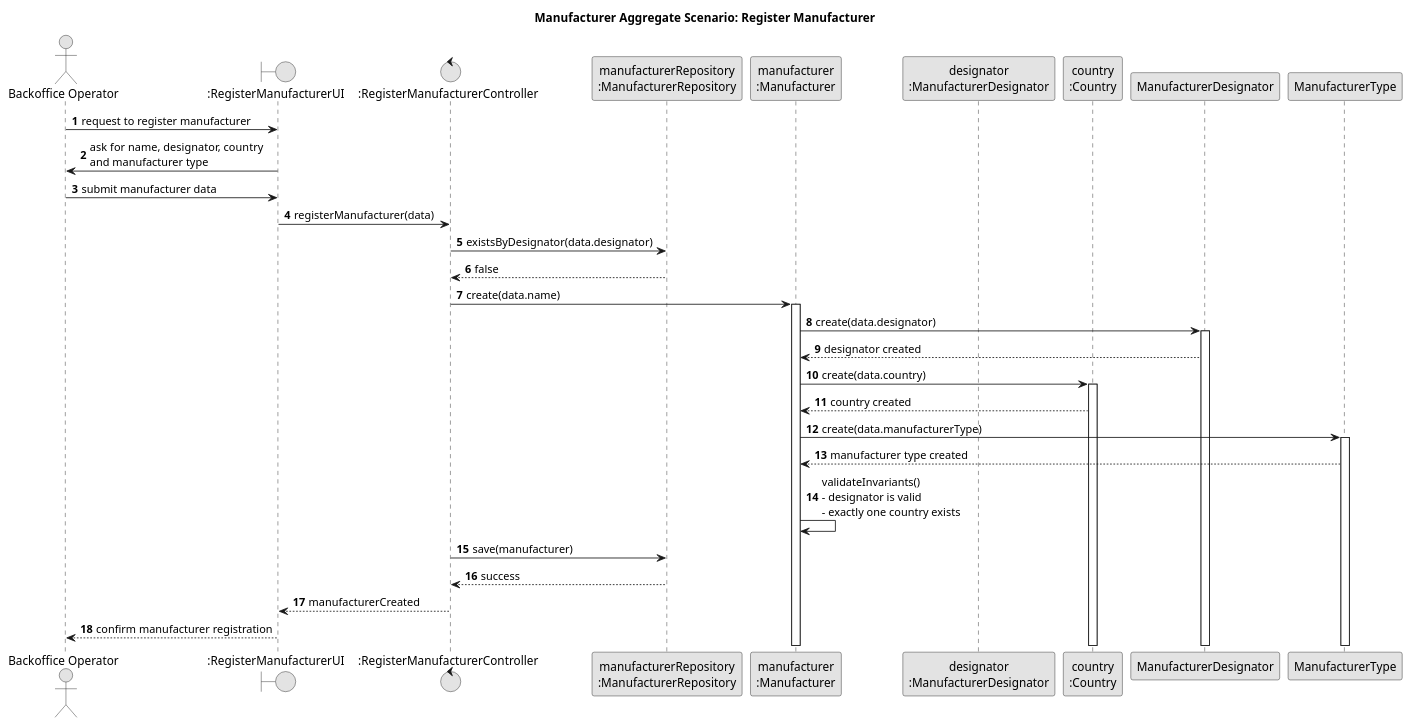
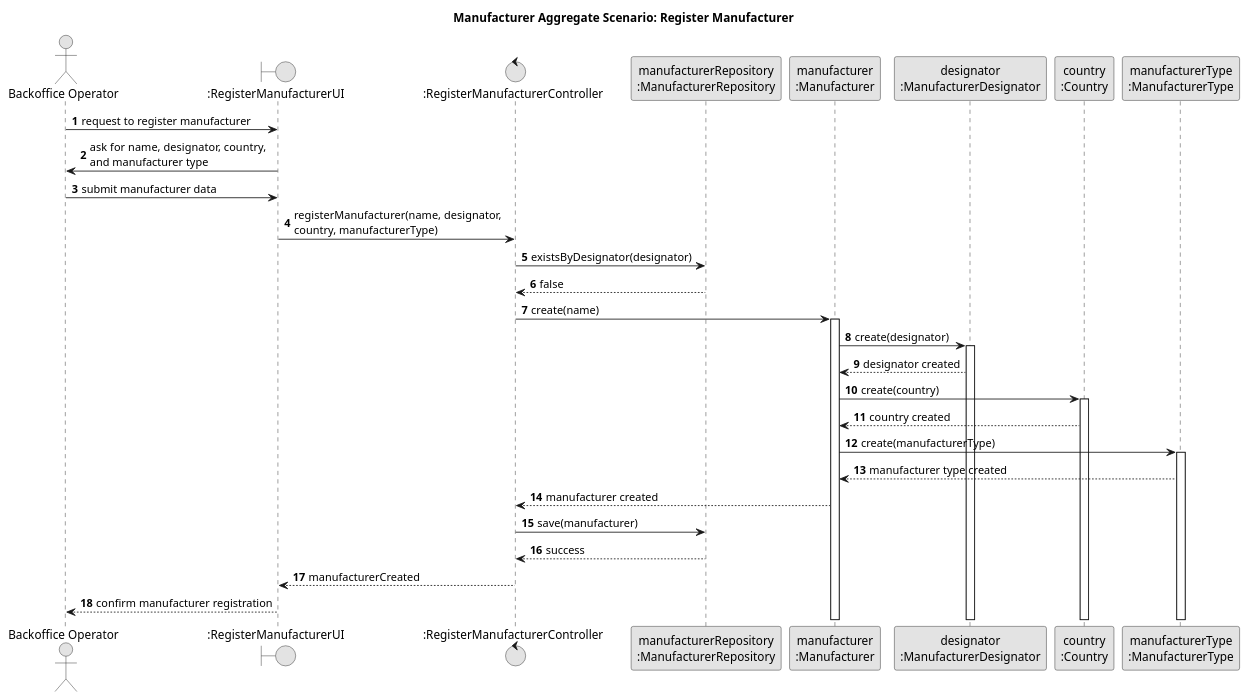
One commit to GustavoFerreira24/flight-management-platform changed the diagram in docs/global-artifacts/03.design/puml/ManufacturerAggregate-SD.puml. Above: the diagram before and after it, drawn with PlantUML. The commit also changed 7 other files, not shown here.

Commit message:
US11 (Code & Docs) - Removed "data" and specified all of it from Aircraft, AircraftModel, EngineModel and Manufacturer SD's and clarified responsibilities in documentation [#18][#19]

```diff
--- a/docs/global-artifacts/03.design/puml/ManufacturerAggregate-SD.puml
+++ b/docs/global-artifacts/03.design/puml/ManufacturerAggregate-SD.puml
@@ -1,46 +1,47 @@
 @startuml
 title Manufacturer Aggregate Scenario: Register Manufacturer
 
 skinparam monochrome true
 skinparam packageStyle rectangle
 skinparam shadowing false
 
 autonumber
 
 actor "Backoffice Operator" as BO
 boundary ":RegisterManufacturerUI" as UI
 control ":RegisterManufacturerController" as C
 participant "manufacturerRepository\n:ManufacturerRepository" as ManufacturerRepo
 participant "manufacturer\n:Manufacturer" as Manufacturer
 participant "designator\n:ManufacturerDesignator" as Designator
 participant "country\n:Country" as Country
+participant "manufacturerType\n:ManufacturerType" as ManufacturerType
 
 BO -> UI : request to register manufacturer
-UI -> BO : ask for name, designator, country\nand manufacturer type
+UI -> BO : ask for name, designator, country,\nand manufacturer type
 
 BO -> UI : submit manufacturer data
-UI -> C : registerManufacturer(data)
+UI -> C : registerManufacturer(name, designator,\ncountry, manufacturerType)
 
-C -> ManufacturerRepo : existsByDesignator(data.designator)
+C -> ManufacturerRepo : existsByDesignator(designator)
 ManufacturerRepo --> C : false
 
-C -> Manufacturer ++ : create(data.name)
+C -> Manufacturer ++ : create(name)
 
-Manufacturer -> ManufacturerDesignator ++ : create(data.designator)
-ManufacturerDesignator --> Manufacturer : designator created
+Manufacturer -> Designator ++ : create(designator)
+Designator --> Manufacturer : designator created
 
-Manufacturer -> Country ++ : create(data.country)
+Manufacturer -> Country ++ : create(country)
 Country --> Manufacturer : country created
 
-Manufacturer -> ManufacturerType ++ : create(data.manufacturerType)
+Manufacturer -> ManufacturerType ++ : create(manufacturerType)
 ManufacturerType --> Manufacturer : manufacturer type created
 
-Manufacturer -> Manufacturer : validateInvariants()\n- designator is valid\n- exactly one country exists
+Manufacturer --> C : manufacturer created
 
 C -> ManufacturerRepo : save(manufacturer)
 ManufacturerRepo --> C : success
 
 C --> UI : manufacturerCreated
 UI --> BO : confirm manufacturer registration
 
 @enduml
```
